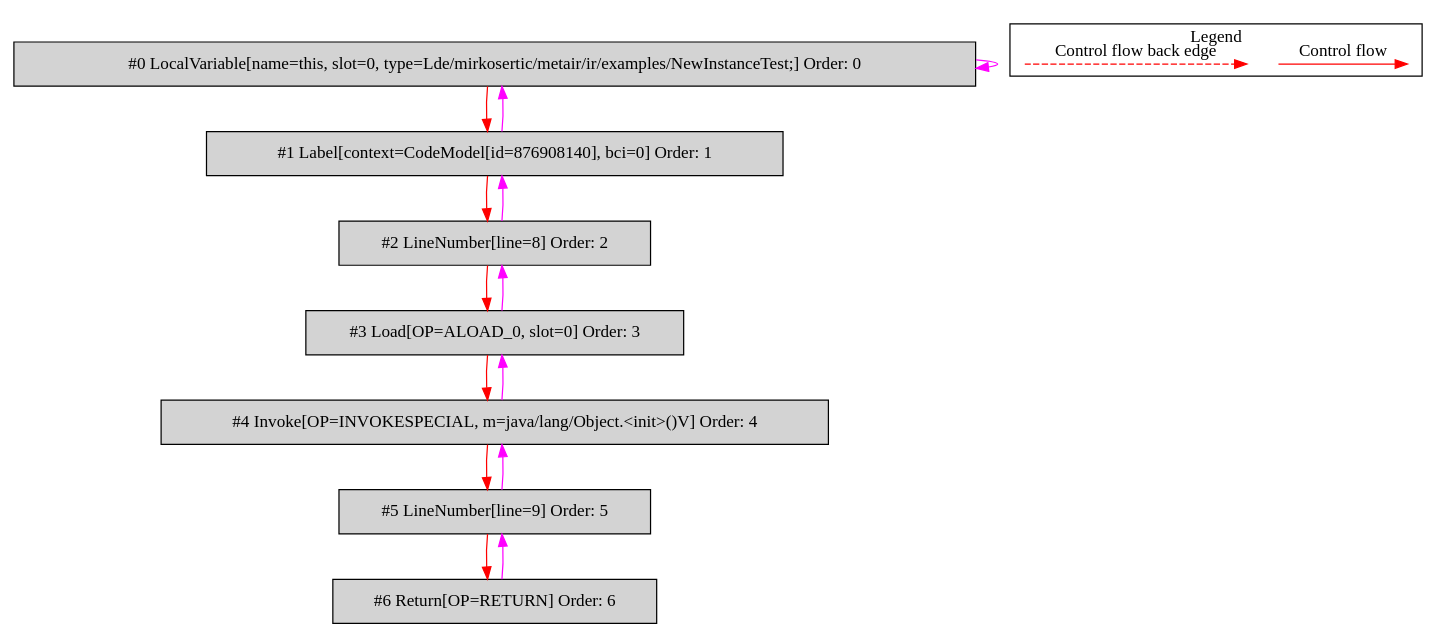
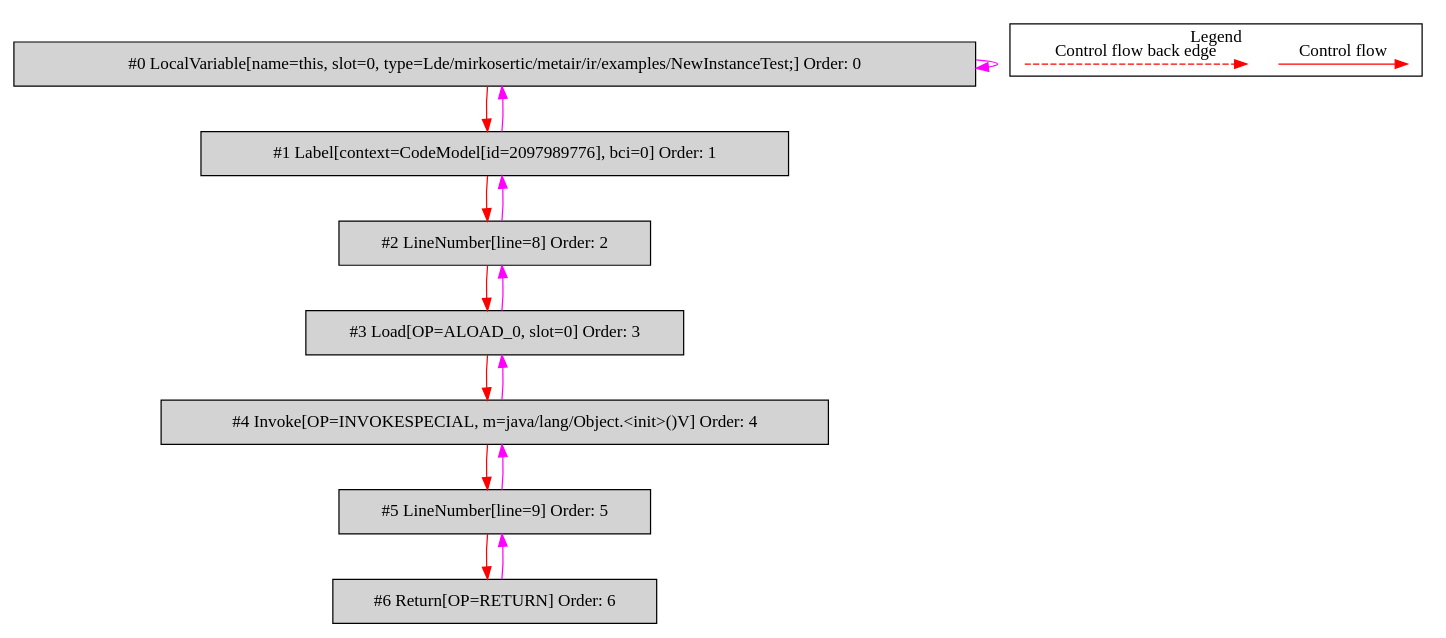
Before and after one commit to mirkosertic/MetaIR: the diagram in de.mirkosertic.metair.ir.examples.NewInstanceTest/_init_/bytecodecfg.dot, drawn with Graphviz. The commit also changed 1247 other files, not shown here.

```diff
--- a/de.mirkosertic.metair.ir.examples.NewInstanceTest/_init_/bytecodecfg.dot
+++ b/de.mirkosertic.metair.ir.examples.NewInstanceTest/_init_/bytecodecfg.dot
@@ -1,37 +1,37 @@
 digraph {
  ordering="in";
  node0[label="#0 LocalVariable[name=this, slot=0, type=Lde/mirkosertic/metair/ir/examples/NewInstanceTest;] Order: 0", shape=box, fillcolor=lightgrey, style=filled];
- node1[label="#1 Label[context=CodeModel[id=876908140], bci=0] Order: 1", shape=box, fillcolor=lightgrey, style=filled];
+ node1[label="#1 Label[context=CodeModel[id=2097989776], bci=0] Order: 1", shape=box, fillcolor=lightgrey, style=filled];
  node2[label="#2 LineNumber[line=8] Order: 2", shape=box, fillcolor=lightgrey, style=filled];
  node3[label="#3 Load[OP=ALOAD_0, slot=0] Order: 3", shape=box, fillcolor=lightgrey, style=filled];
  node4[label="#4 Invoke[OP=INVOKESPECIAL, m=java/lang/Object.<init>()V] Order: 4", shape=box, fillcolor=lightgrey, style=filled];
  node5[label="#5 LineNumber[line=9] Order: 5", shape=box, fillcolor=lightgrey, style=filled];
  node6[label="#6 Return[OP=RETURN] Order: 6", shape=box, fillcolor=lightgrey, style=filled];
  node0 -> node0[color=fuchsia];
  node0 -> node1[color=red];
  node1 -> node0[color=fuchsia];
  node1 -> node2[color=red];
  node2 -> node1[color=fuchsia];
  node2 -> node3[color=red];
  node3 -> node2[color=fuchsia];
  node3 -> node4[color=red];
  node4 -> node3[color=fuchsia];
  node4 -> node5[color=red];
  node5 -> node4[color=fuchsia];
  node5 -> node6[color=red];
  node6 -> node5[color=fuchsia];
  subgraph cluster_000 {
   label = "Legend";
   node [shape=point]
   {
    rank=same;
    c0 [style = invis];
    c1 [style = invis];
    c2 [style = invis];
    c3 [style = invis];
   }
   c0 -> c1 [label="Control flow", style=solid, color=red]
   c2 -> c3 [label="Control flow back edge", style=dashed, color=red]
  }
 
 }
```
